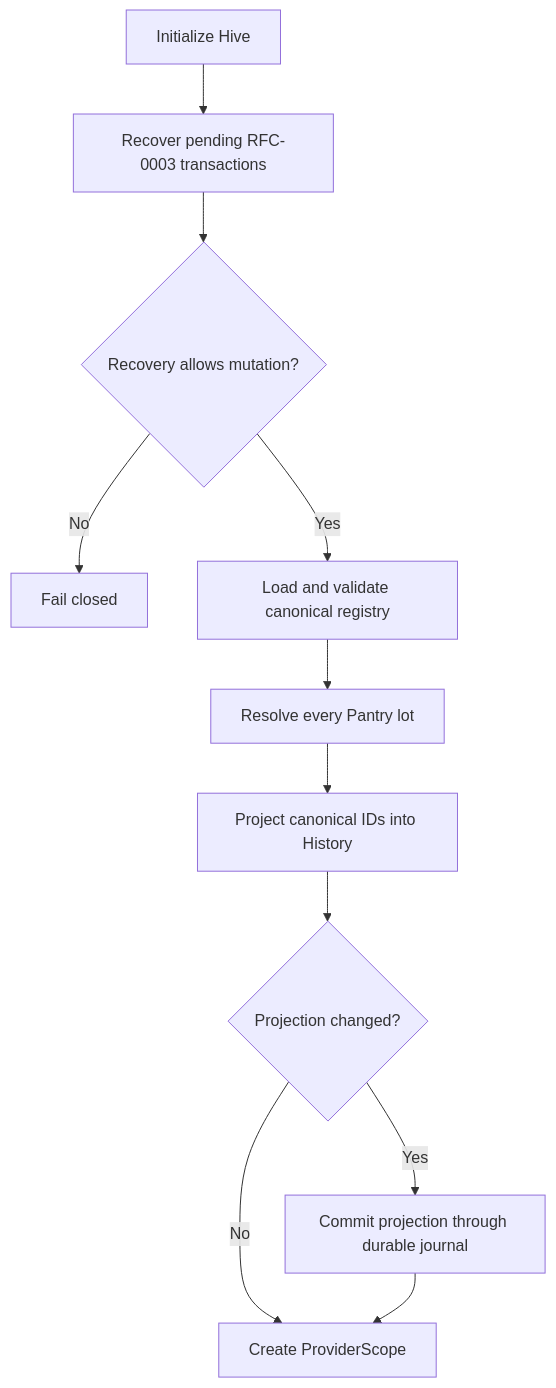
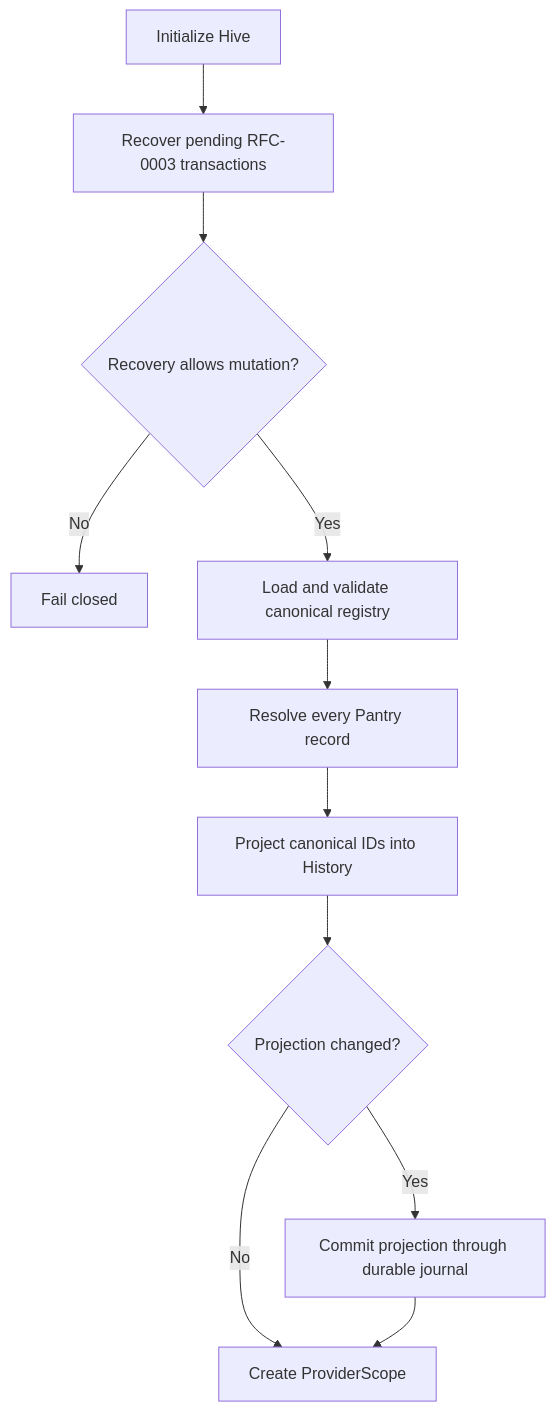
The second of 3 diagrams in docs/10_CANONICAL_INGREDIENT_DATA_MODEL.md (kobv99/KinRaiDee), drawn with Mermaid before and after one commit. The commit also changed other lines of this file, not shown here.

Commit message:
docs(data): add Pantry merge and Purchase History projection

````diff
--- a/docs/10_CANONICAL_INGREDIENT_DATA_MODEL.md
+++ b/docs/10_CANONICAL_INGREDIENT_DATA_MODEL.md
@@ -50,13 +57,13 @@
 ```mermaid
 flowchart TD
     A["Initialize Hive"] --> B["Recover pending RFC-0003 transactions"]
     B --> C{"Recovery allows mutation?"}
     C -- "No" --> D["Fail closed"]
     C -- "Yes" --> E["Load and validate canonical registry"]
-    E --> F["Resolve every Pantry lot"]
+    E --> F["Resolve every Pantry record"]
     F --> G["Project canonical IDs into History"]
     G --> H{"Projection changed?"}
     H -- "No" --> J["Create ProviderScope"]
     H -- "Yes" --> I["Commit projection through durable journal"]
     I --> J
 ```
````
